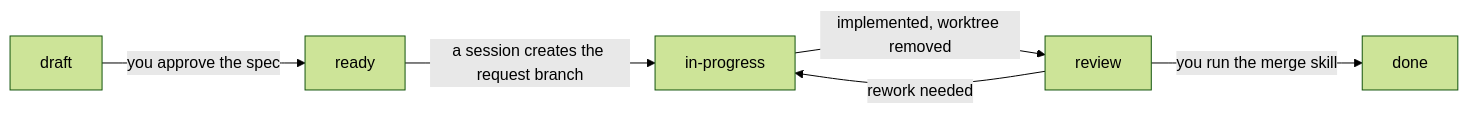
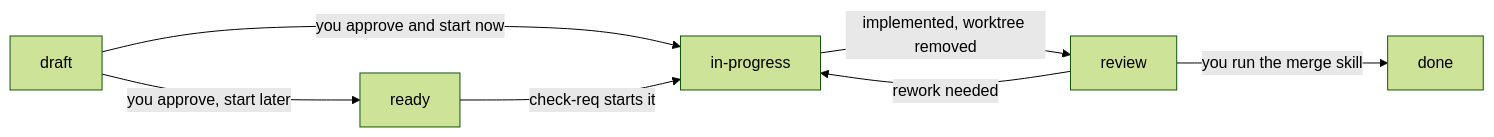
Before and after one commit to initialapex/ss-workflow: the diagram in README.md, drawn with Mermaid (forest theme). The commit also changed other lines of this file and 18 other files, not shown here.

````diff
--- a/README.md
+++ b/README.md
@@ -133,8 +133,9 @@
 ```mermaid
 flowchart LR
-    draft -->|you approve the spec| ready
-    ready -->|a session creates the request branch| in-progress
+    draft -->|you approve and start now| in-progress
+    draft -->|you approve, start later| ready
+    ready -->|check-req starts it| in-progress
     in-progress -->|implemented, worktree removed| review
     review -->|rework needed| in-progress
     review -->|you run the merge skill| done
 ```
````
